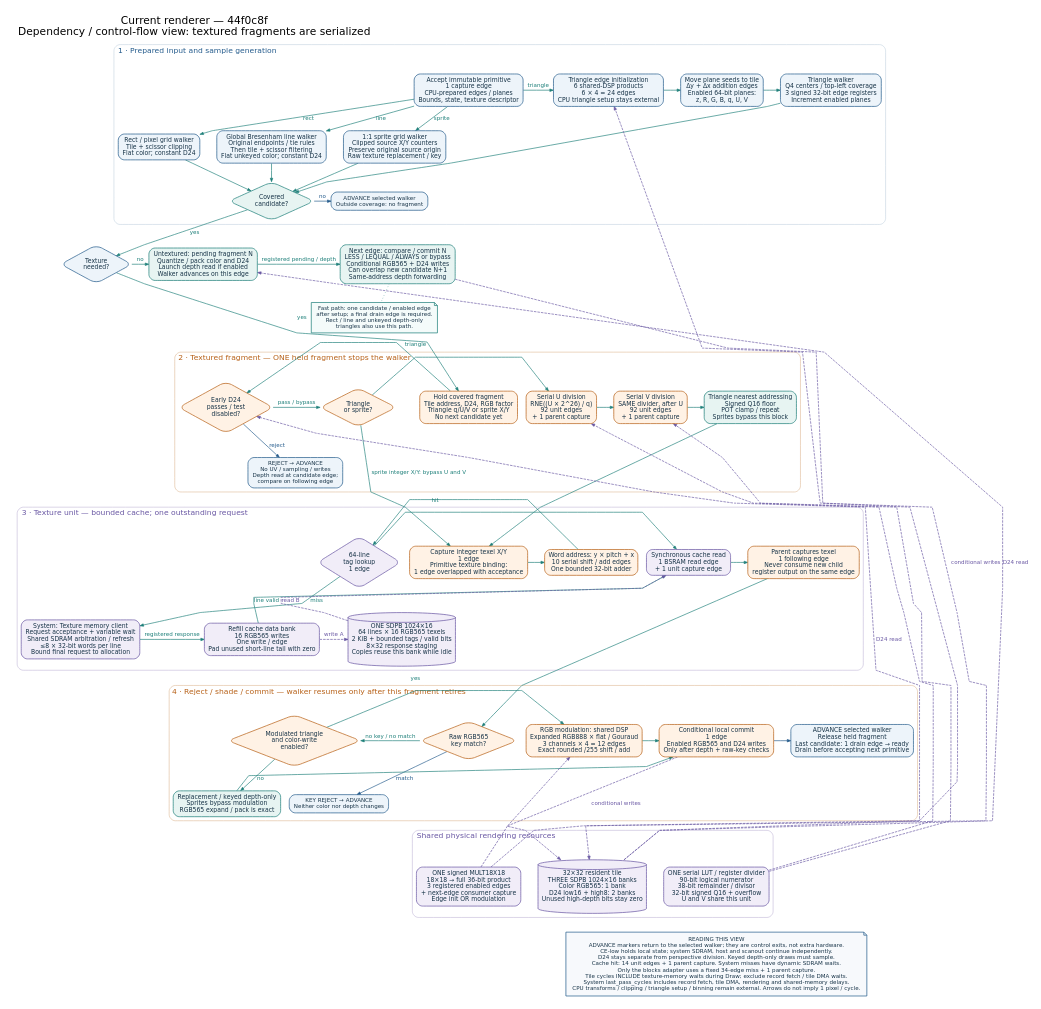
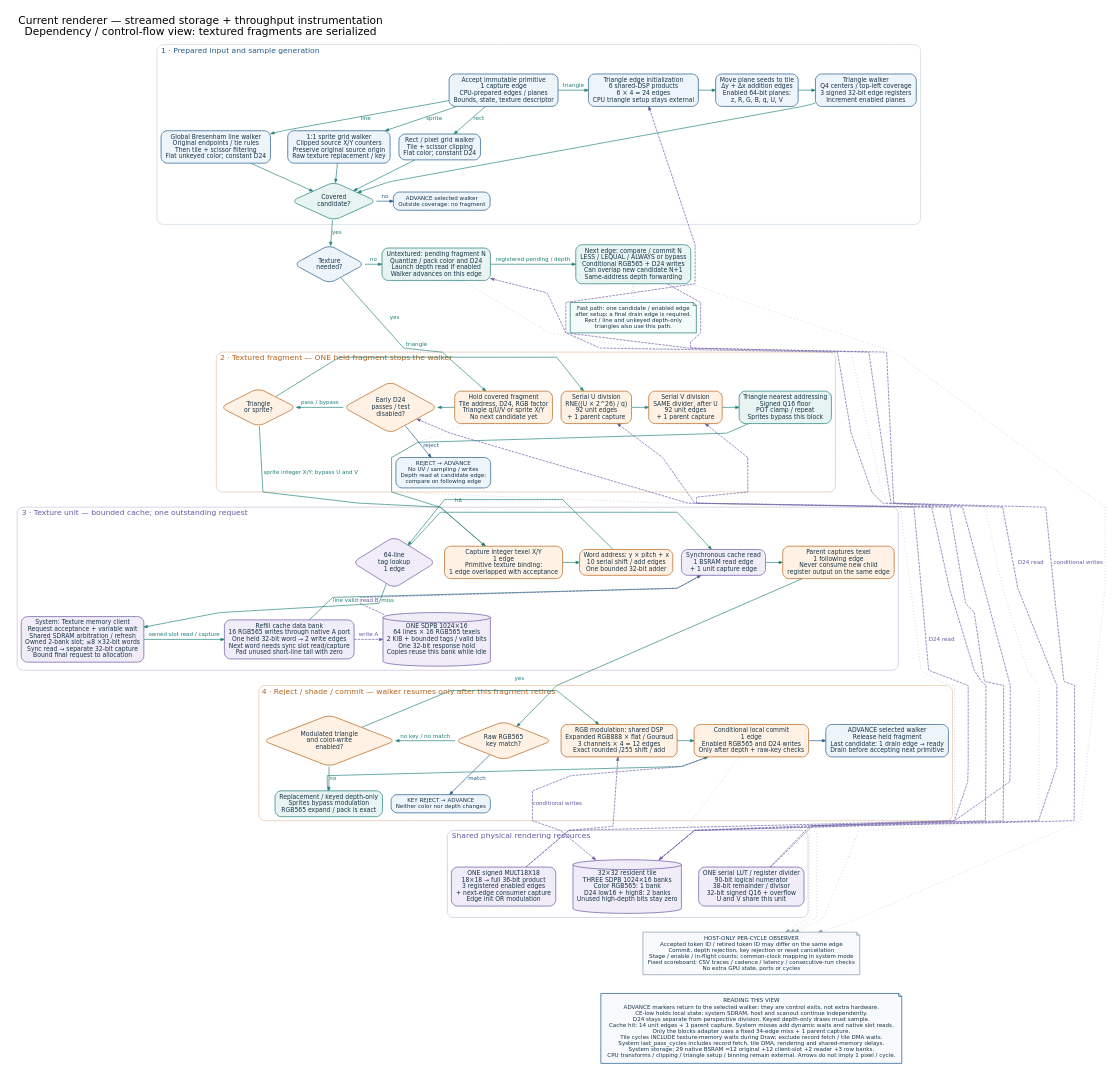
Before and after one commit to apc53pro/Nano-20K-GPU: the diagram in docs/diagrams/current-renderer.dot, drawn with Graphviz. The commit also changed 40 other files, not shown here.

Commit message:
feat: trace fragment throughput and map GPU staging RAM

```diff
--- a/docs/diagrams/current-renderer.dot
+++ b/docs/diagrams/current-renderer.dot
@@ -1,5 +1,5 @@
 digraph CurrentRenderer {
-    graph [label="Current renderer — 44f0c8f\nDependency / control-flow view: textured fragments are serialized",
+    graph [label="Current renderer — streamed storage + throughput instrumentation\nDependency / control-flow view: textured fragments are serialized",
         labelloc=t, labeljust=l, fontname="DejaVu Sans", fontsize=21,
         bgcolor="white", charset="UTF-8", rankdir=TB, compound=true,
         newrank=true, nodesep=0.24, ranksep=0.48, pad=0.25,
@@ -86,18 +86,18 @@
                     color="#6957a3", fillcolor="#f1edf8"];
         cache_capture [label="Parent captures texel\n1 following edge\nNever consume new child\nregister output on the same edge",
                        color="#b76118", fillcolor="#fff2e5"];
-        memory_request [label="System: Texture memory client\nRequest acceptance + variable wait\nShared SDRAM arbitration / refresh\n≤8 × 32-bit words per line\nBound final request to allocation",
+        memory_request [label="System: Texture memory client\nRequest acceptance + variable wait\nShared SDRAM arbitration / refresh\nOwned 2-bank slot; ≤8 ×32-bit words\nSync read → separate 32-bit capture\nBound final request to allocation",
                         color="#6957a3", fillcolor="#f1edf8"];
-        refill [label="Refill cache data bank\n16 RGB565 writes\nOne write / edge\nPad unused short-line tail with zero",
+        refill [label="Refill cache data bank\n16 RGB565 writes through native A port\nOne held 32-bit word → 2 write edges\nNext word needs sync slot read/capture\nPad unused short-line tail with zero",
                 color="#6957a3", fillcolor="#f1edf8"];
-        cache_bank [shape=cylinder, label="ONE SDPB 1024×16\n64 lines × 16 RGB565 texels\n2 KiB + bounded tags / valid bits\n8×32 response staging\nCopies reuse this bank while idle",
+        cache_bank [shape=cylinder, label="ONE SDPB 1024×16\n64 lines × 16 RGB565 texels\n2 KiB + bounded tags / valid bits\nOne 32-bit response hold\nCopies reuse this bank while idle",
                     color="#6957a3", fillcolor="#f1edf8"];
         { rank=same; cache_request; cache_address; tags; cache_read; cache_capture; }
         { rank=same; memory_request; refill; cache_bank; }
         cache_request -> cache_address -> tags [weight=500];
         tags -> cache_read [label="hit", weight=500];
         tags -> memory_request [label="miss"];
-        memory_request -> refill [label="registered response"];
+        memory_request -> refill [label="owned slot read / capture"];
         refill -> cache_read [label="line valid", constraint=false];
         cache_read -> cache_capture [weight=500];
         refill -> cache_bank [label="write A", style=dashed, color="#6957a3", fontcolor="#6957a3"];
@@ -156,8 +156,13 @@
     advance -> shared_dsp [style=invis];
 
     scope [shape=note, fontsize=11, margin="0.15,0.12", color="#245b8c", fillcolor="#f7f9fc",
-        label="READING THIS VIEW\nADVANCE markers return to the selected walker; they are control exits, not extra hardware.\nCE-low holds local state; system SDRAM, host and scanout continue independently.\nD24 stays separate from perspective division. Keyed depth-only draws must sample.\nCache hit: 14 unit edges + 1 parent capture. System misses have dynamic SDRAM waits.\nOnly the blocks adapter uses a fixed 34-edge miss + 1 parent capture.\nTile cycles INCLUDE texture-memory waits during Draw; exclude record fetch / tile DMA waits.\nSystem last_pass_cycles includes record fetch, tile DMA, rendering and shared-memory delays.\nCPU transforms / clipping / triangle setup / binning remain external. Arrows do not imply 1 pixel / cycle."];
-    divider_resource -> scope [style=invis];
+        label="READING THIS VIEW\nADVANCE markers return to the selected walker; they are control exits, not extra hardware.\nCE-low holds local state; system SDRAM, host and scanout continue independently.\nD24 stays separate from perspective division. Keyed depth-only draws must sample.\nCache hit: 14 unit edges + 1 parent capture. System misses add dynamic waits and native slot reads.\nOnly the blocks adapter uses a fixed 34-edge miss + 1 parent capture.\nTile cycles INCLUDE texture-memory waits during Draw; exclude record fetch / tile DMA waits.\nSystem last_pass_cycles includes record fetch, tile DMA, rendering and shared-memory delays.\nSystem storage: 29 native BSRAM =12 original +12 client-slot +2 reader +3 row banks.\nCPU transforms / clipping / triangle setup / binning remain external. Arrows do not imply 1 pixel / cycle."];
+    trace [shape=note, label="HOST-ONLY PER-CYCLE OBSERVER\nAccepted token ID / retired token ID may differ on the same edge\nCommit, depth rejection, key rejection or reset cancellation\nStage / enable / in-flight counts; common-clock mapping in system mode\nFixed scoreboard; CSV traces / cadence / latency / consecutive-run checks\nNo extra GPU state, ports or cycles", fontsize=11, color="#879dad", fillcolor="#f7f9fc"];
+    pending -> trace [style=dotted, color="#879dad", constraint=false];
+    held -> trace [style=dotted, color="#879dad", constraint=false];
+    fast_commit -> trace [style=dotted, color="#879dad", constraint=false];
+    serial_commit -> trace [style=dotted, color="#879dad", constraint=false];
+    divider_resource -> trace -> scope [style=invis];
     // Finish every row in a section before starting the next cluster. This
     // prevents Graphviz from placing consecutive sections beside one another.
     fast_note -> held [style=invis, weight=100];
```
